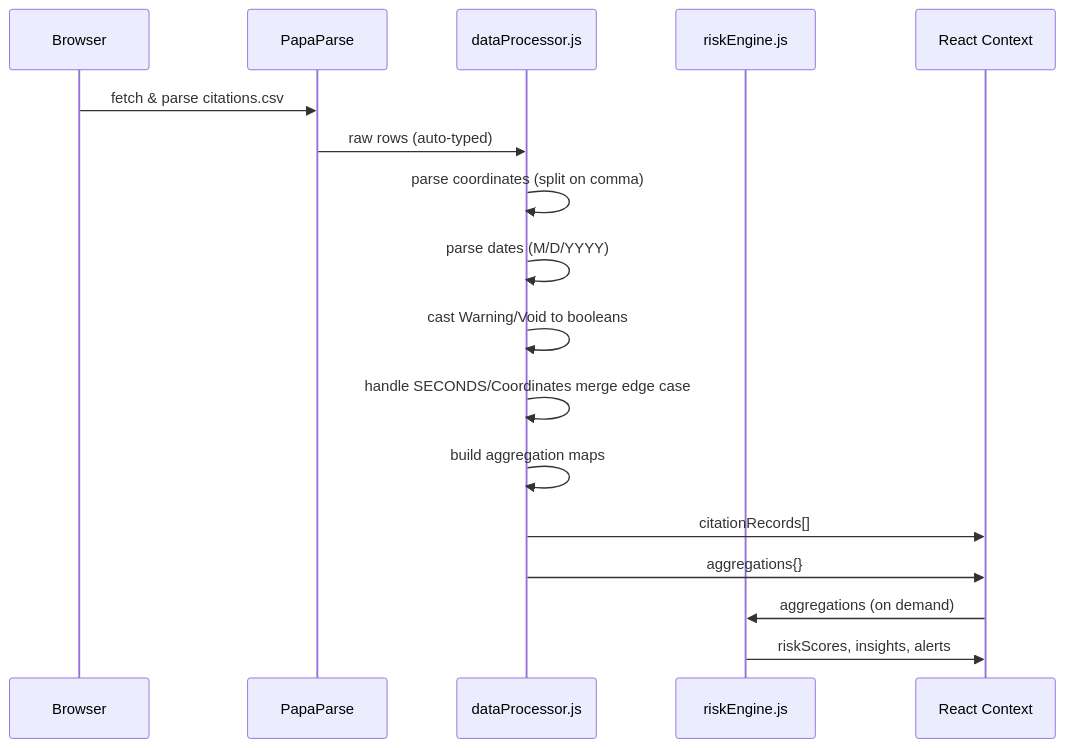
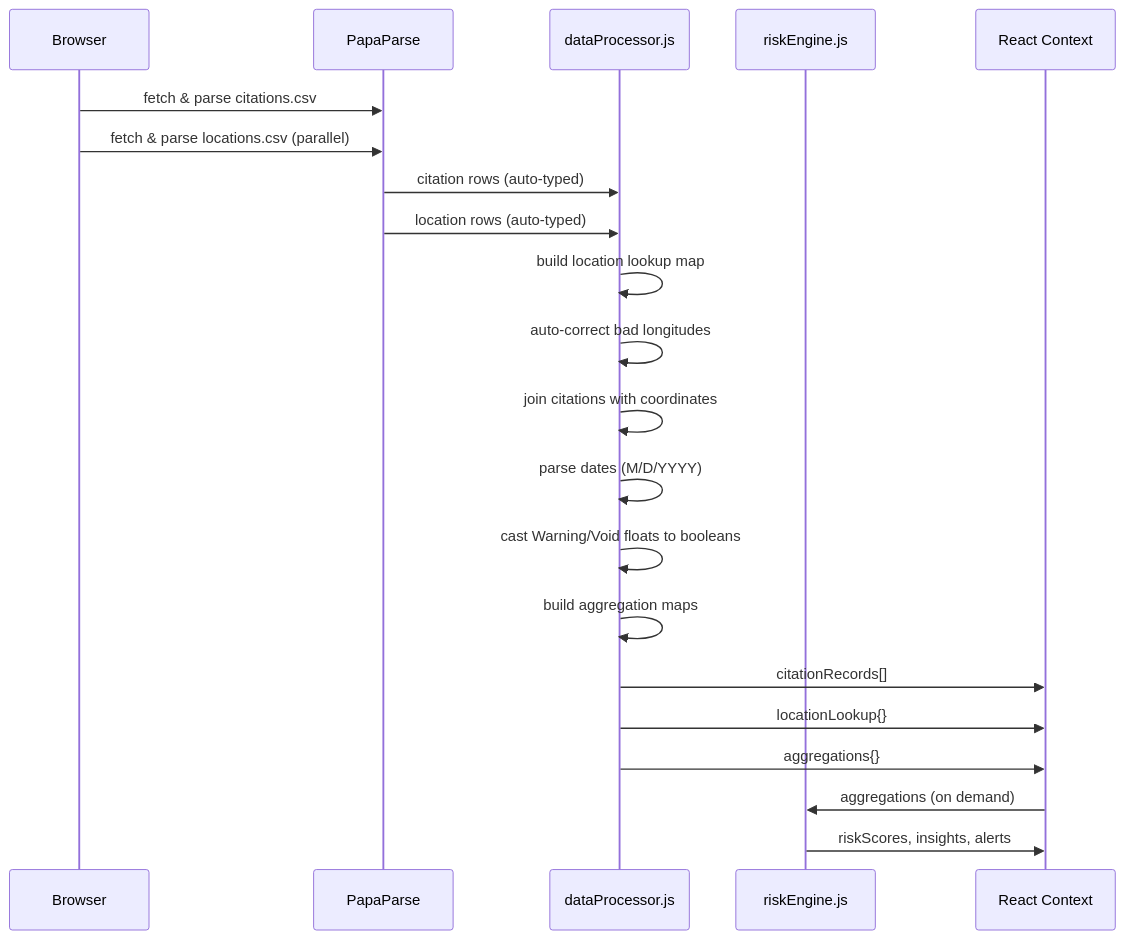
One commit to dpushkaran/Atlas changed the second of 6 diagrams in ARCHITECTURE.md. Above: the diagram before and after it, drawn with Mermaid. The commit also changed other lines of this file and 3 other files, not shown here.

````diff
--- a/ARCHITECTURE.md
+++ b/ARCHITECTURE.md
@@ -78,20 +86,24 @@
 ```mermaid
 sequenceDiagram
     participant Browser
     participant PapaParse
     participant DataProcessor as dataProcessor.js
     participant RiskEngine as riskEngine.js
     participant Context as React Context
 
     Browser->>PapaParse: fetch & parse citations.csv
-    PapaParse->>DataProcessor: raw rows (auto-typed)
-    DataProcessor->>DataProcessor: parse coordinates (split on comma)
+    Browser->>PapaParse: fetch & parse locations.csv (parallel)
+    PapaParse->>DataProcessor: citation rows (auto-typed)
+    PapaParse->>DataProcessor: location rows (auto-typed)
+    DataProcessor->>DataProcessor: build location lookup map
+    DataProcessor->>DataProcessor: auto-correct bad longitudes
+    DataProcessor->>DataProcessor: join citations with coordinates
     DataProcessor->>DataProcessor: parse dates (M/D/YYYY)
-    DataProcessor->>DataProcessor: cast Warning/Void to booleans
-    DataProcessor->>DataProcessor: handle SECONDS/Coordinates merge edge case
+    DataProcessor->>DataProcessor: cast Warning/Void floats to booleans
     DataProcessor->>DataProcessor: build aggregation maps
     DataProcessor->>Context: citationRecords[]
+    DataProcessor->>Context: locationLookup{}
     DataProcessor->>Context: aggregations{}
     Context->>RiskEngine: aggregations (on demand)
     RiskEngine->>Context: riskScores, insights, alerts
 ```
````
